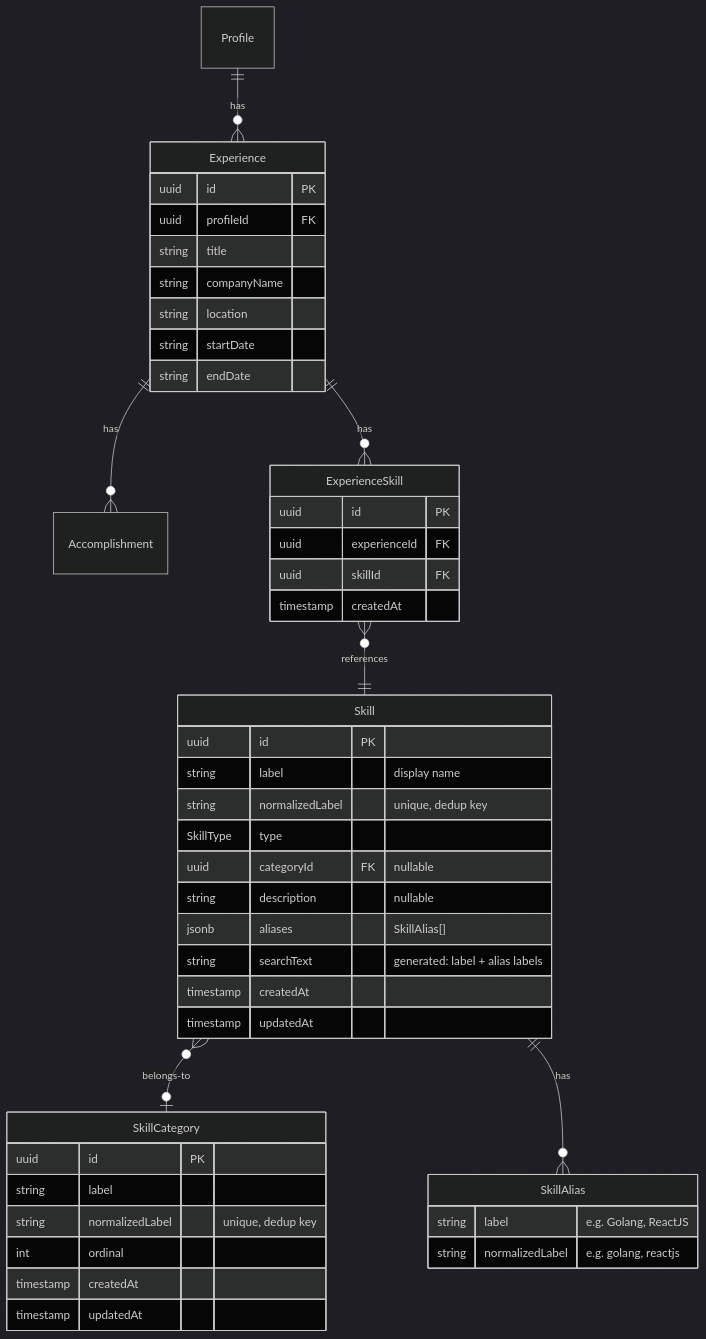
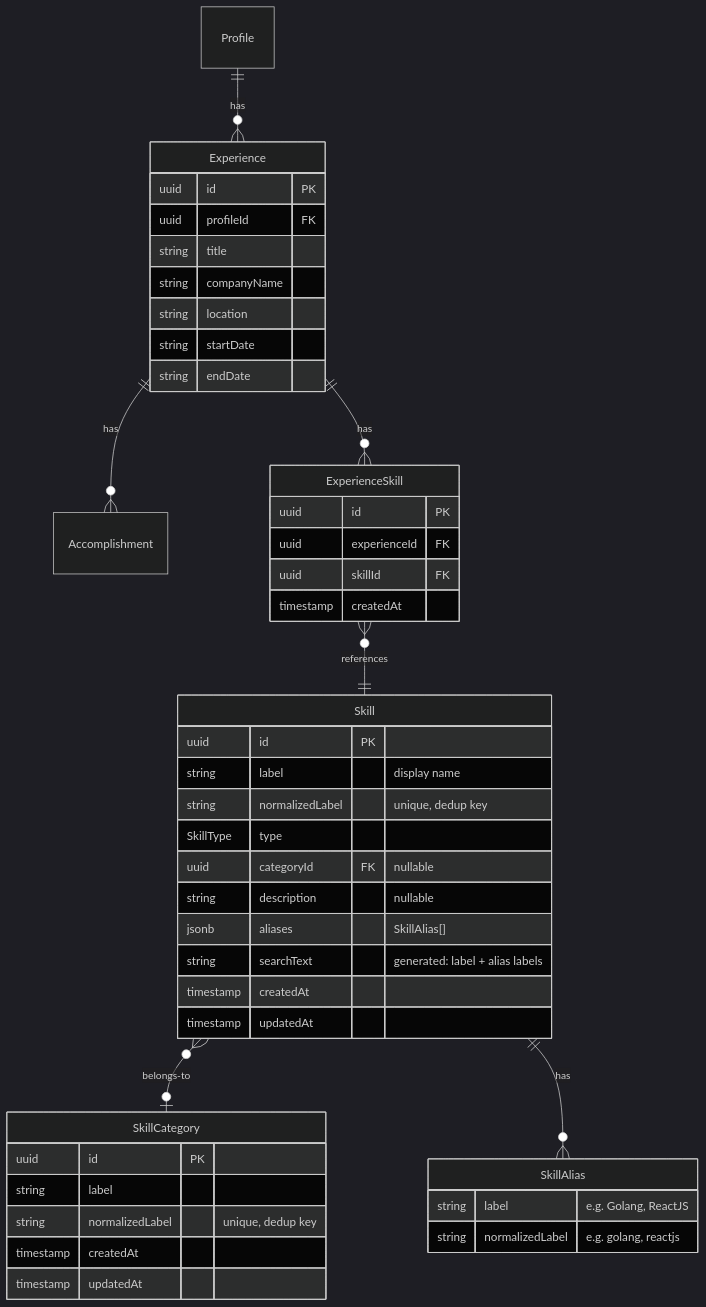
Before and after one commit to bluebird-labs/TailoredIn: the diagram in docs/superpowers/specs/skills-domain-proposals.md, drawn with Mermaid (dark theme). The commit also changed other lines of this file and 12 other files, not shown here.

````diff
--- a/docs/superpowers/specs/skills-domain-proposals.md
+++ b/docs/superpowers/specs/skills-domain-proposals.md
@@ -321,53 +321,52 @@
 ```mermaid
 erDiagram
     Profile ||--o{ Experience : has
     Experience ||--o{ Accomplishment : has
     Experience ||--o{ ExperienceSkill : has
     ExperienceSkill }o--|| Skill : references
     Skill }o--o| SkillCategory : belongs-to
     Skill ||--o{ SkillAlias : has
 
     SkillCategory {
         uuid id PK
         string label
         string normalizedLabel "unique, dedup key"
-        int ordinal
         timestamp createdAt
         timestamp updatedAt
     }
 
     Skill {
         uuid id PK
         string label "display name"
         string normalizedLabel "unique, dedup key"
         SkillType type
         uuid categoryId FK "nullable"
         string description "nullable"
         jsonb aliases "SkillAlias[]"
         string searchText "generated: label + alias labels"
         timestamp createdAt
         timestamp updatedAt
     }
 
     SkillAlias {
         string label "e.g. Golang, ReactJS"
         string normalizedLabel "e.g. golang, reactjs"
     }
 
     ExperienceSkill {
         uuid id PK
         uuid experienceId FK
         uuid skillId FK
         timestamp createdAt
     }
 
     Experience {
         uuid id PK
         uuid profileId FK
         string title
         string companyName
         string location
         string startDate
         string endDate
     }
 ```
````
